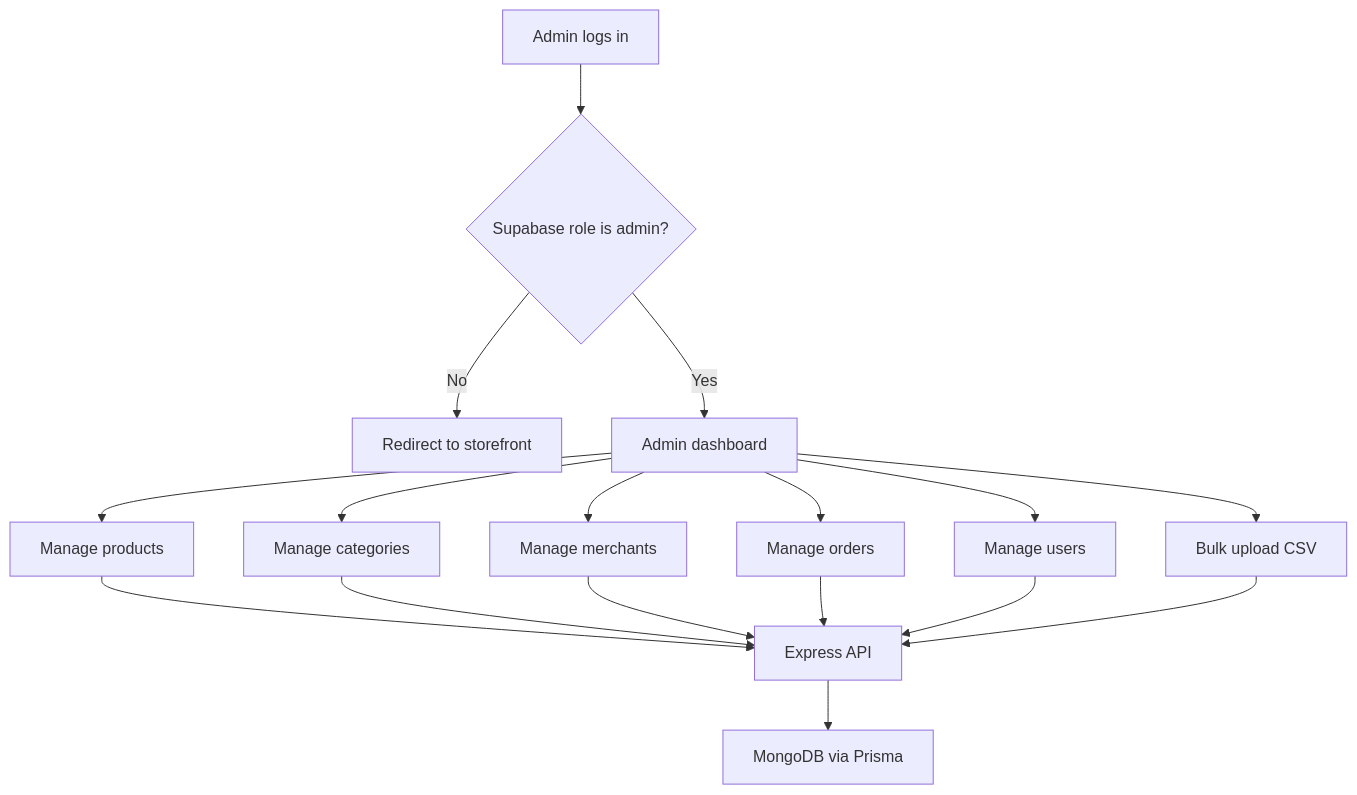
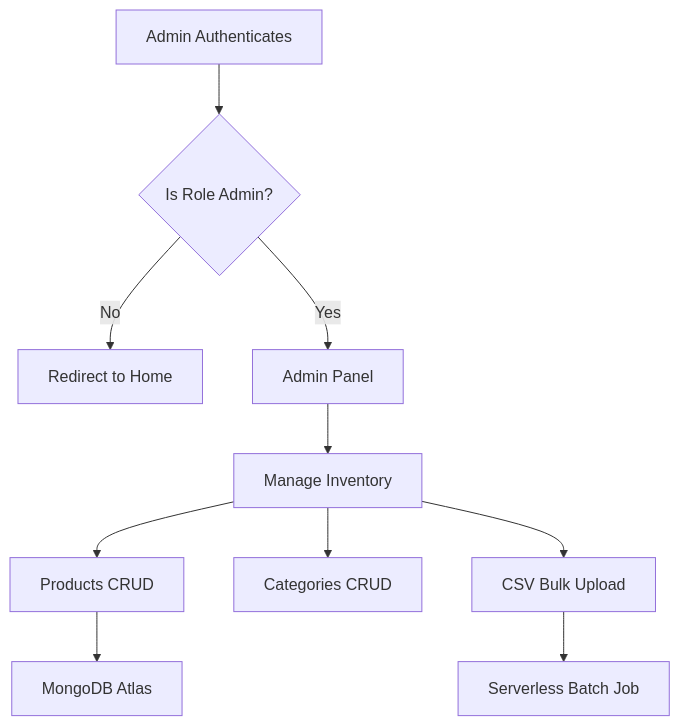
The third of 4 diagrams in README.md (Arslan-web-Dev/full-stack-Electronics-eCommerce-Shop), drawn with Mermaid before and after one commit. The commit also changed other lines of this file, not shown here.

````diff
--- a/README.md
+++ b/README.md
@@ -120,21 +71,14 @@
 ```mermaid
 flowchart TD
-  Login["Admin logs in"] --> RoleCheck{"Supabase role is admin?"}
-  RoleCheck -- No --> Home["Redirect to storefront"]
-  RoleCheck -- Yes --> Dashboard["Admin dashboard"]
-
-  Dashboard --> Products["Manage products"]
-  Dashboard --> Categories["Manage categories"]
-  Dashboard --> Merchants["Manage merchants"]
-  Dashboard --> Orders["Manage orders"]
-  Dashboard --> Users["Manage users"]
-  Dashboard --> Upload["Bulk upload CSV"]
-
-  Products --> Api["Express API"]
-  Categories --> Api
-  Merchants --> Api
-  Orders --> Api
-  Users --> Api
-  Upload --> Api
-  Api --> Database["MongoDB via Prisma"]
+  AdminLogin["Admin Authenticates"] --> RoleCheck{"Is Role Admin?"}
+  RoleCheck -- No --> Redirect["Redirect to Home"]
+  RoleCheck -- Yes --> Dashboard["Admin Panel"]
+  
+  Dashboard --> Manage["Manage Inventory"]
+  Manage --> Products["Products CRUD"]
+  Manage --> Categories["Categories CRUD"]
+  Manage --> Bulk["CSV Bulk Upload"]
+  
+  Products --> CloudDB["MongoDB Atlas"]
+  Bulk --> BatchProcess["Serverless Batch Job"]
 ```
````
